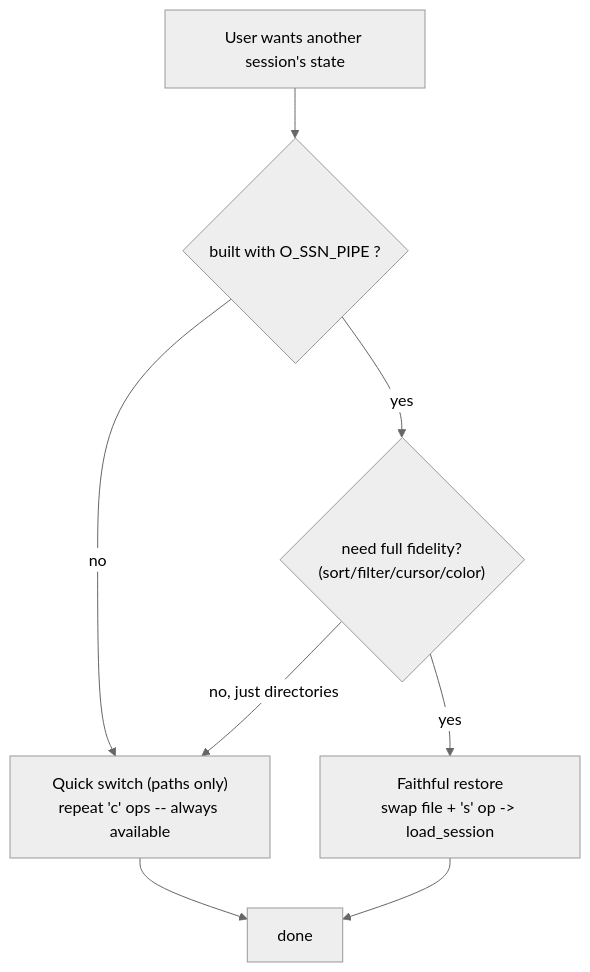
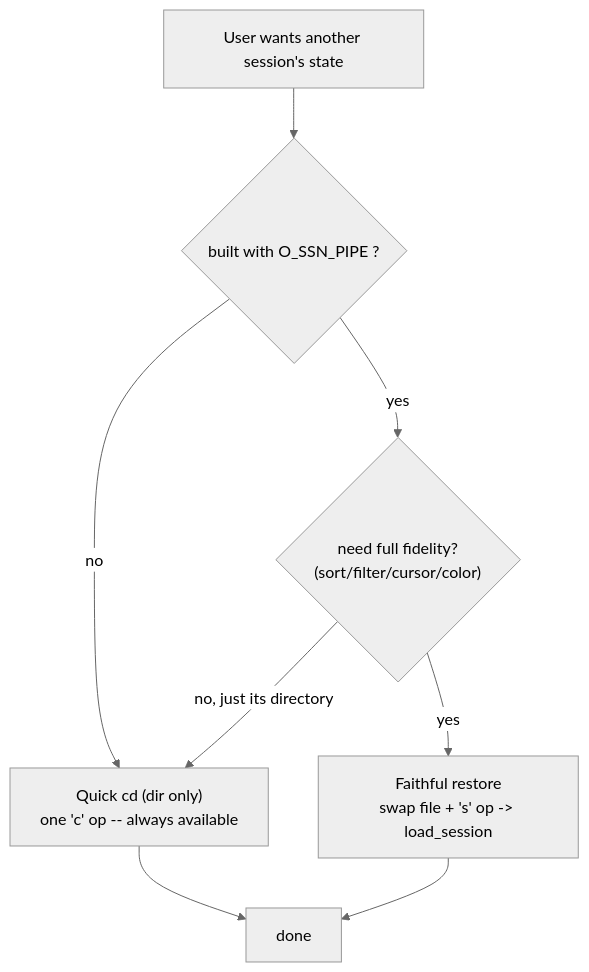
Diagram 15 of 16 in docs/Brainstorm_nnn_Support_Sessions_Management.md (techcaotri/nnn), drawn with Mermaid (neutral theme) before and after one commit. The commit also changed other lines of this file and 7 other files, not shown here.

````diff
--- a/docs/Brainstorm_nnn_Support_Sessions_Management.md
+++ b/docs/Brainstorm_nnn_Support_Sessions_Management.md
@@ -711,11 +738,11 @@
 ```mermaid
 %% Decision: which restore path to use
 flowchart TB
     Q0["User wants another session's state"] --> Q1{"built with O_SSN_PIPE ?"}
-    Q1 -- "no" --> Path2["Quick switch (paths only)<br/>repeat 'c' ops -- always available"]
+    Q1 -- "no" --> Path2["Quick cd (dir only)<br/>one 'c' op -- always available"]
     Q1 -- "yes" --> Q2{"need full fidelity?<br/>(sort/filter/cursor/color)"}
-    Q2 -- "no, just directories" --> Path2
+    Q2 -- "no, just its directory" --> Path2
     Q2 -- "yes" --> Path1["Faithful restore<br/>swap file + 's' op -> load_session"]
     Path2 --> Done["done"]
     Path1 --> Done
 ```
````
